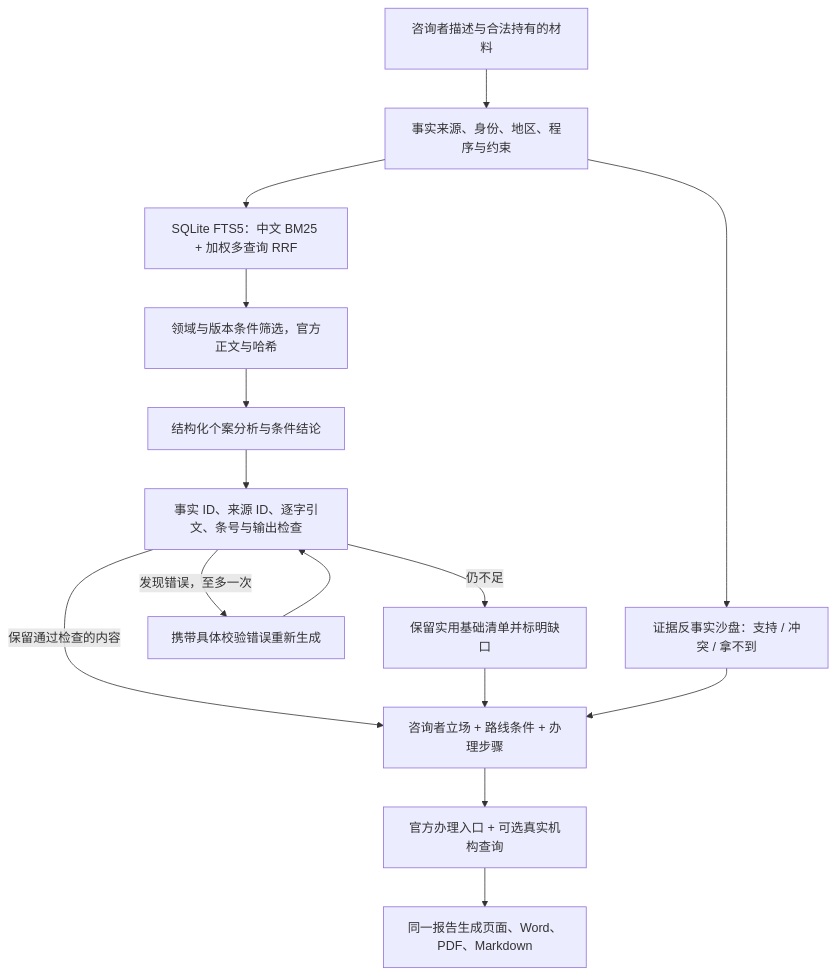
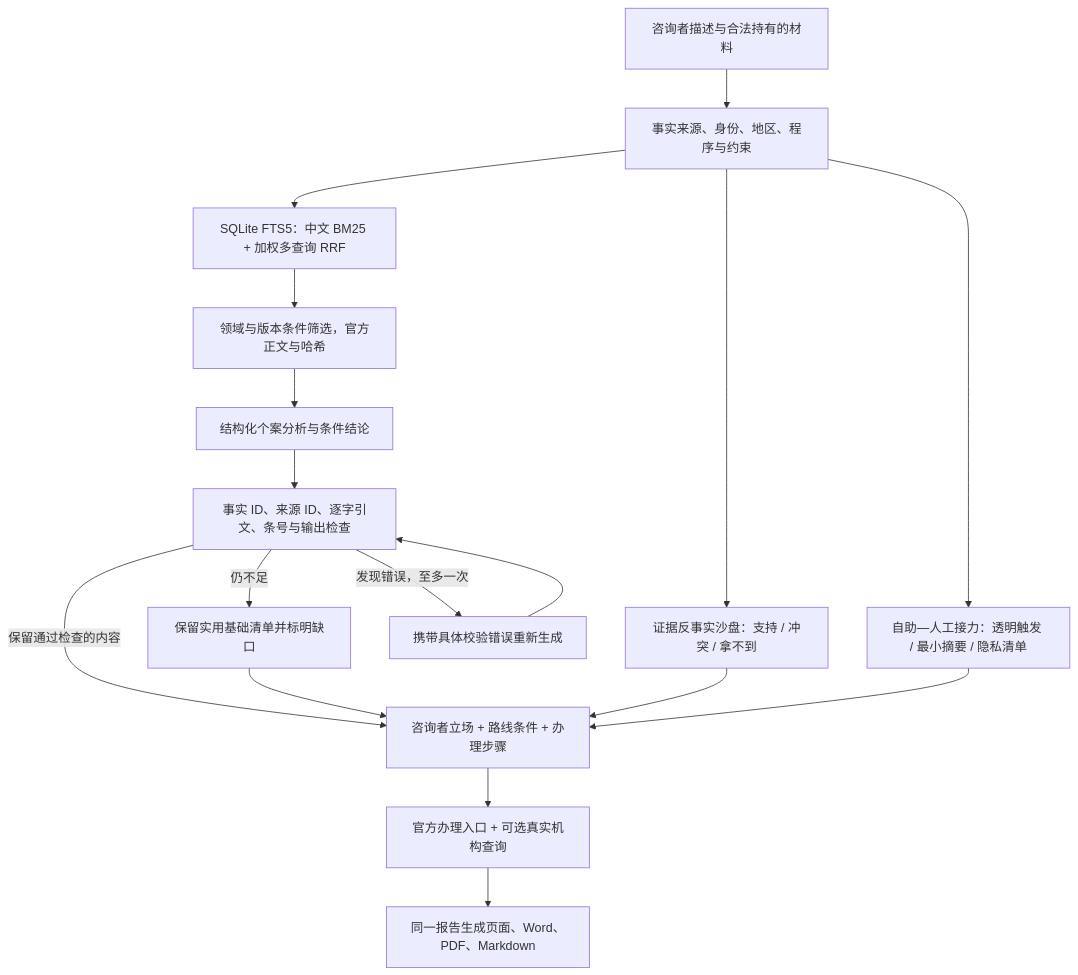
One commit to Guo-chunyu/LexPilot changed the diagram in docs/competition-upgrade.md. Above: the diagram before and after it, drawn with Mermaid. The commit also changed other lines of this file and 16 other files, not shown here.

````diff
--- a/docs/competition-upgrade.md
+++ b/docs/competition-upgrade.md
@@ -34,17 +52,19 @@
 ```mermaid
 flowchart TD
     U[咨询者描述与合法持有的材料] --> F[事实来源、身份、地区、程序与约束]
     F --> X[证据反事实沙盘：支持 / 冲突 / 拿不到]
+    F --> H[自助—人工接力：透明触发 / 最小摘要 / 隐私清单]
     F --> K[SQLite FTS5：中文 BM25 + 加权多查询 RRF]
     K --> V[领域与版本条件筛选，官方正文与哈希]
     V --> G[结构化个案分析与条件结论]
     G --> C[事实 ID、来源 ID、逐字引文、条号与输出检查]
     C -->|发现错误，至多一次| R[携带具体校验错误重新生成]
     R --> C
     C -->|保留通过检查的内容| P[咨询者立场 + 路线条件 + 办理步骤]
     C -->|仍不足| B[保留实用基础清单并标明缺口]
     B --> P
     X --> P
+    H --> P
     P --> S[官方办理入口 + 可选真实机构查询]
     S --> D[同一报告生成页面、Word、PDF、Markdown]
 ```
````
